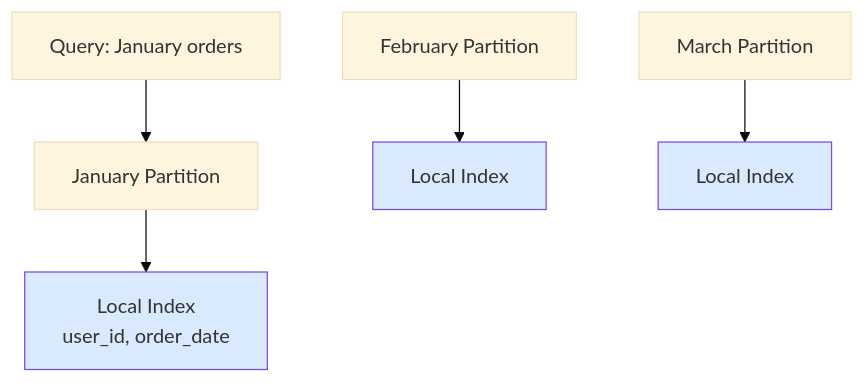
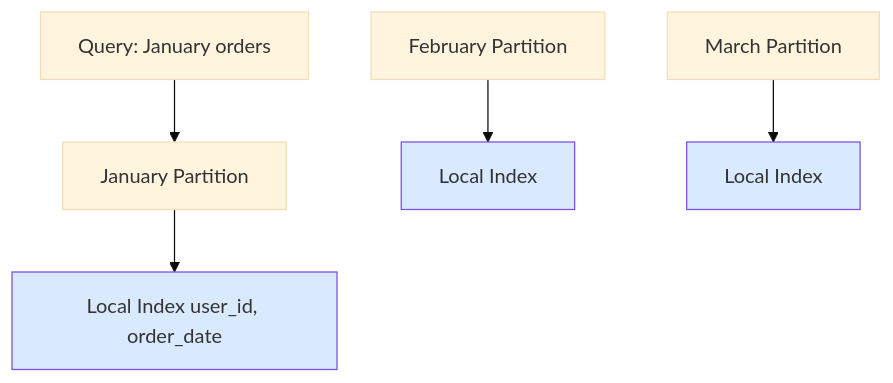
One commit to lekhrajdinkar/solution-engineer changed the third of 4 diagrams in docs/2022-2025/SE_02_system-design/SD_05_DataModeling/02_basic_concepts/03_02_database-partitioning.md. Above: the diagram before and after it, drawn with Mermaid (base theme). The commit also changed other lines of this file and 5 other files, not shown here.

````diff
--- a/docs/2022-2025/SE_02_system-design/SD_05_DataModeling/02_basic_concepts/03_02_database-partitioning.md
+++ b/docs/2022-2025/SE_02_system-design/SD_05_DataModeling/02_basic_concepts/03_02_database-partitioning.md
@@ -190,12 +190,12 @@
 ```mermaid
 flowchart TD
     Q1[Query: January orders] --> P1[January Partition]
-    P1 --> I1[Local Index<br/>user_id, order_date]
+    P1 --> I1[Local Index user_id, order_date]
 
     P2[February Partition] --> I2[Local Index]
     P3[March Partition] --> I3[Local Index]
 
     style I1 fill:#d9eaff,stroke:#7b4ce2
     style I2 fill:#d9eaff,stroke:#7b4ce2
     style I3 fill:#d9eaff,stroke:#7b4ce2
 ```
````
